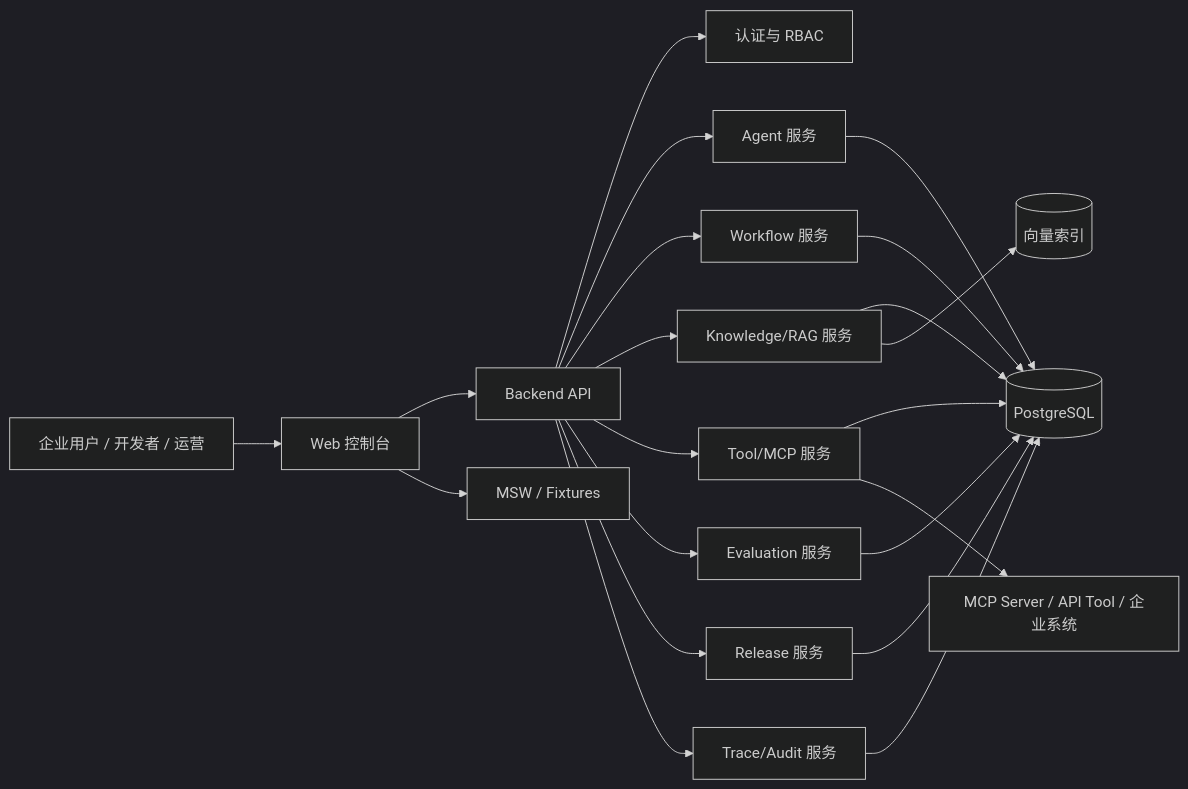
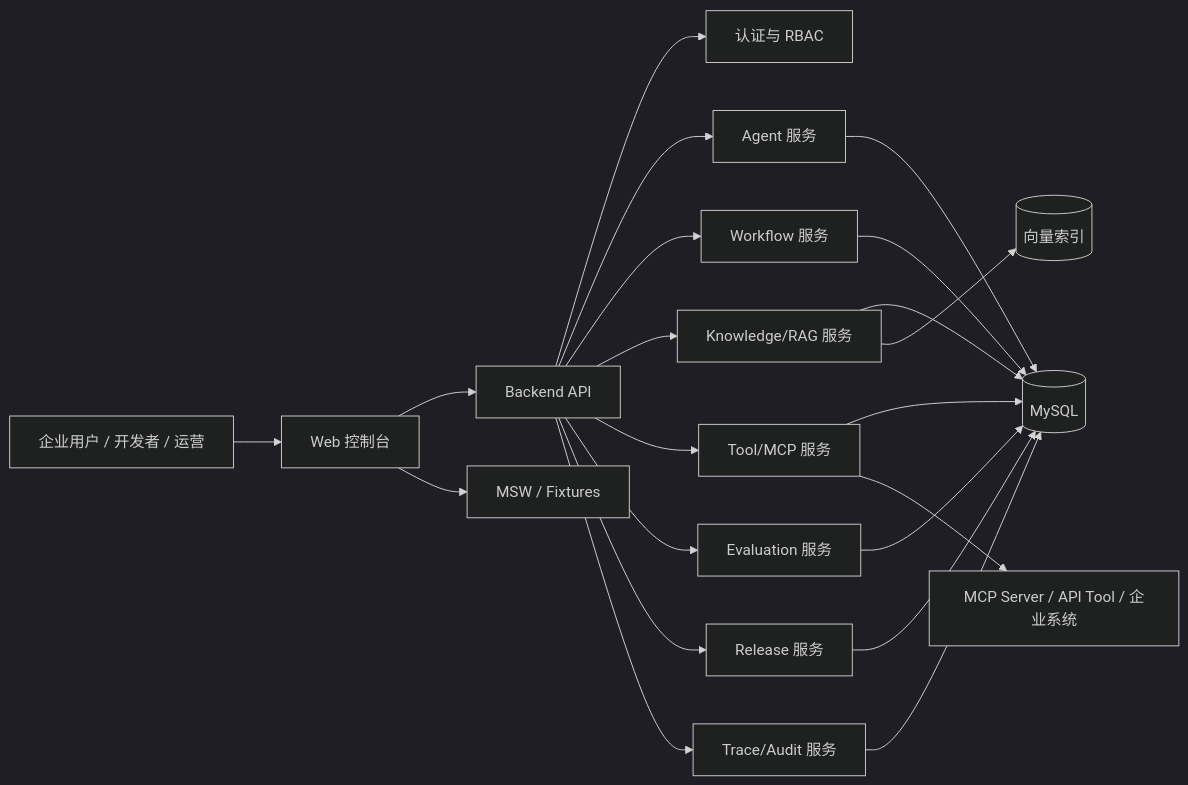
The diagram in docs/architecture/frontend-backend-overall-design.md (Cherryhua69/ai-agent-platform), drawn with Mermaid (dark theme) before and after one commit. The commit also changed other lines of this file and 2 other files, not shown here.

````diff
--- a/docs/architecture/frontend-backend-overall-design.md
+++ b/docs/architecture/frontend-backend-overall-design.md
@@ -15,23 +15,23 @@
 ```mermaid
 flowchart LR
   User["企业用户 / 开发者 / 运营"] --> Web["Web 控制台"]
   Web --> API["Backend API"]
   Web --> Mock["MSW / Fixtures"]
   API --> Auth["认证与 RBAC"]
   API --> Agent["Agent 服务"]
   API --> Workflow["Workflow 服务"]
   API --> Knowledge["Knowledge/RAG 服务"]
   API --> Tool["Tool/MCP 服务"]
   API --> Eval["Evaluation 服务"]
   API --> Release["Release 服务"]
   API --> Trace["Trace/Audit 服务"]
-  Agent --> DB[("PostgreSQL")]
+  Agent --> DB[("MySQL")]
   Workflow --> DB
   Knowledge --> DB
   Tool --> DB
   Eval --> DB
   Release --> DB
   Trace --> DB
   Knowledge --> Vector[("向量索引")]
   Tool --> External["MCP Server / API Tool / 企业系统"]
 ```
````
